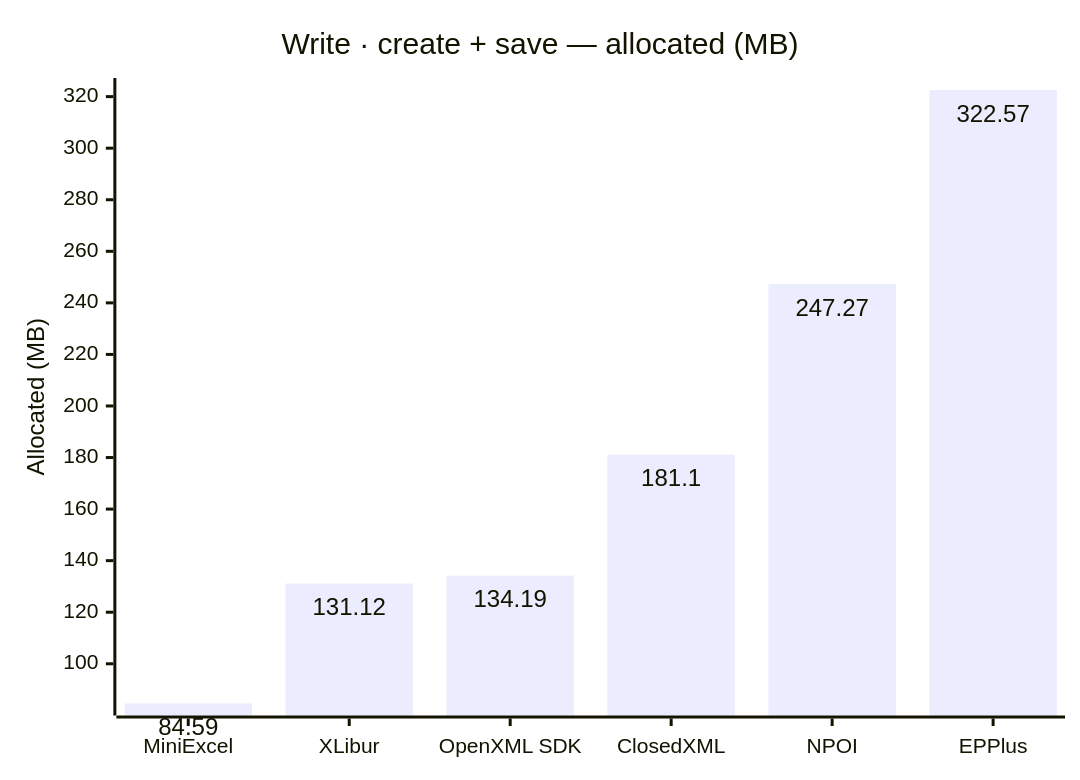
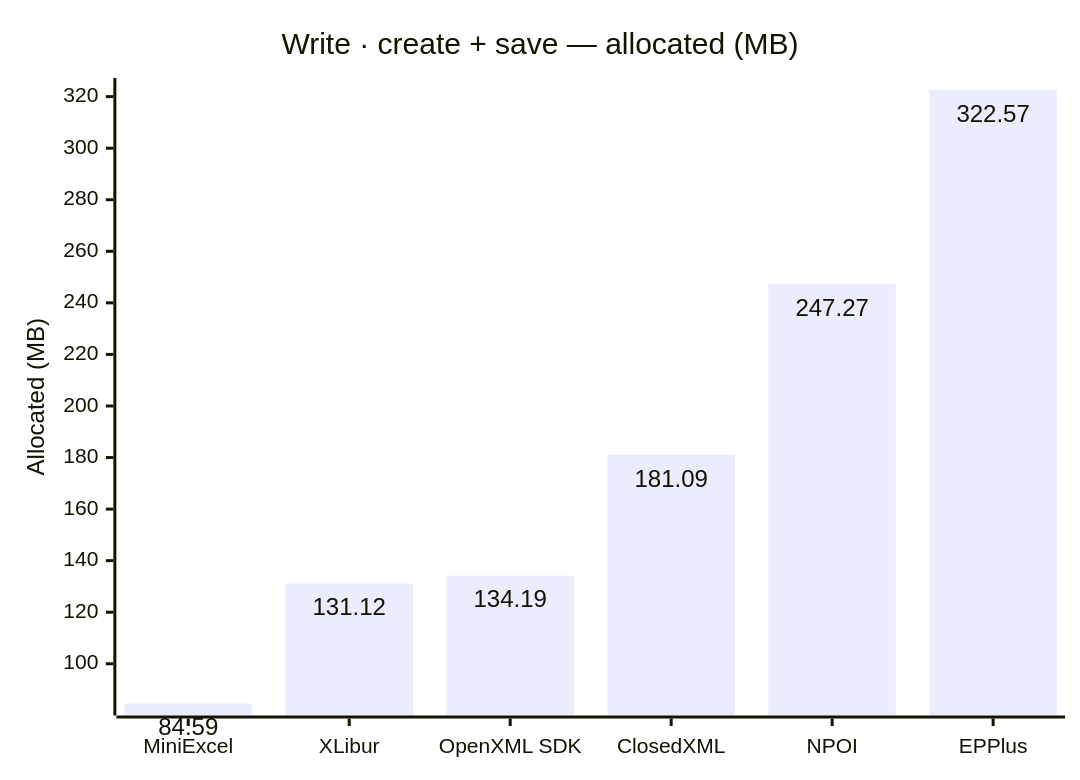
One commit to jafin/XLBench changed the sixth of 6 diagrams in docs/results-ci.md. Above: the diagram before and after it, drawn with Mermaid. The commit also changed other lines of this file, not shown here.

````diff
--- a/docs/results-ci.md
+++ b/docs/results-ci.md
@@ -49,12 +101,12 @@
 ```mermaid
 ---
 config:
   xyChart:
     showDataLabel: true
 ---
 xychart-beta
     title "Write · create + save — allocated (MB)"
     x-axis ["MiniExcel", "XLibur", "OpenXML SDK", "ClosedXML", "NPOI", "EPPlus"]
     y-axis "Allocated (MB)"
-    bar [84.59, 131.12, 134.19, 181.1, 247.27, 322.57]
+    bar [84.59, 131.12, 134.19, 181.09, 247.27, 322.57]
 ```
````
